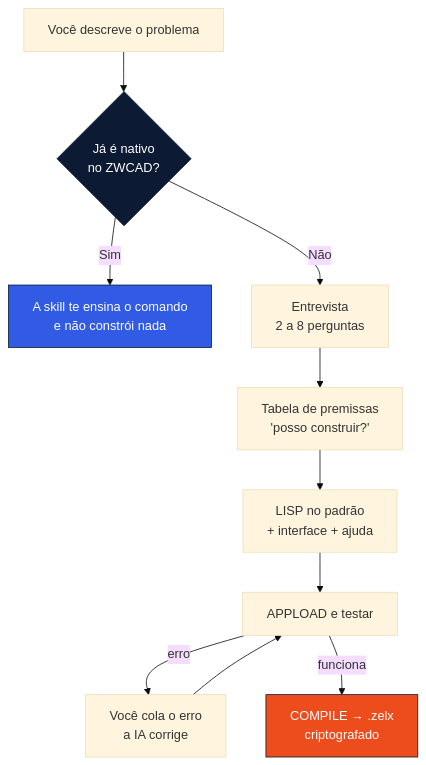
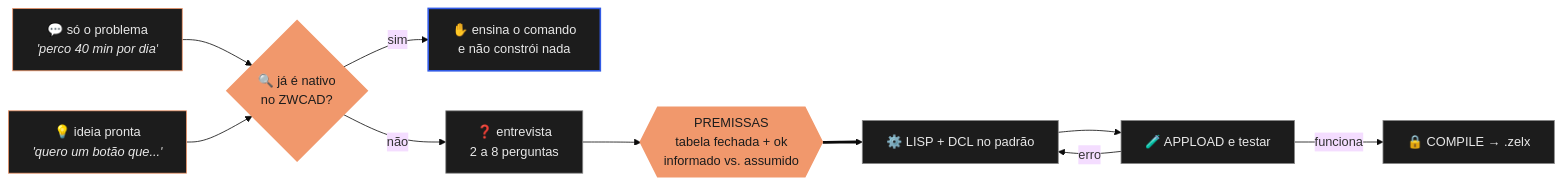
Before and after one commit to inovacao-totalcad/Totalcad-ZWCAD: the diagram in README.md, drawn with Mermaid (base theme). The commit also changed other lines of this file and 502 other files, not shown here.

````diff
--- a/README.md
+++ b/README.md
@@ -68,16 +55,25 @@
 ```mermaid
-flowchart TD
-    A["Você descreve o problema"] --> B{"Já é nativo<br>no ZWCAD?"}
-    B -->|Sim| C["A skill te ensina o comando<br>e não constrói nada"]
-    B -->|Não| D["Entrevista<br>2 a 8 perguntas"]
-    D --> E["Tabela de premissas<br>'posso construir?'"]
-    E --> F["LISP no padrão<br>+ interface + ajuda"]
-    F --> G["APPLOAD e testar"]
-    G -->|erro| H["Você cola o erro<br>a IA corrige"]
-    H --> G
-    G -->|funciona| I["COMPILE → .zelx<br>criptografado"]
+flowchart LR
+    A["💬 só o problema<br><i>'perco 40 min por dia'</i>"] --> N
+    B["💡 ideia pronta<br><i>'quero um botão que...'</i>"] --> N
 
-    style C fill:#315AE5,stroke:#0C1B33,color:#fff
-    style I fill:#ED4D1C,stroke:#0C1B33,color:#fff
-    style B fill:#0C1B33,stroke:#0C1B33,color:#fff
+    N{"🔍 já é nativo<br>no ZWCAD?"}
+    N -- "sim" --> X["✋ ensina o comando<br>e não constrói nada"]
+    N -- "não" --> D["❓ entrevista<br>2 a 8 perguntas"]
+
+    D --> G{{"PREMISSAS<br>tabela fechada + ok<br>informado vs. assumido"}}
+    G ==> H["⚙️ LISP + DCL no padrão"]
+    H --> T["🧪 APPLOAD e testar"]
+    T -- "erro" --> H
+    T -- "funciona" --> I["🔒 COMPILE → .zelx"]
+
+    classDef entrada fill:#1c1c1c,stroke:#F1986C,stroke-width:1px,color:#e8e8e8
+    classDef portao  fill:#F1986C,stroke:#F1986C,stroke-width:2px,color:#1c1c1c
+    classDef saida   fill:#1c1c1c,stroke:#8a8a8a,stroke-width:1px,color:#e8e8e8
+    classDef freio   fill:#1c1c1c,stroke:#315AE5,stroke-width:2px,color:#e8e8e8
+
+    class A,B entrada
+    class N,G portao
+    class D,H,T,I saida
+    class X freio
 ```
````
